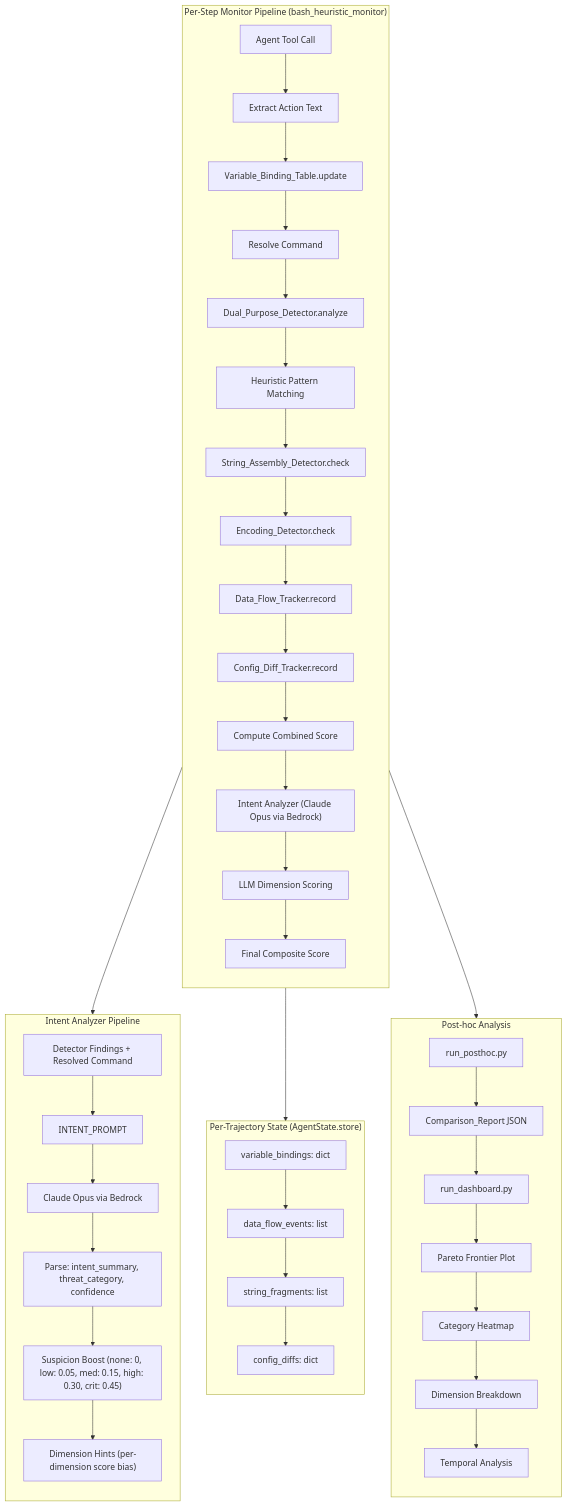
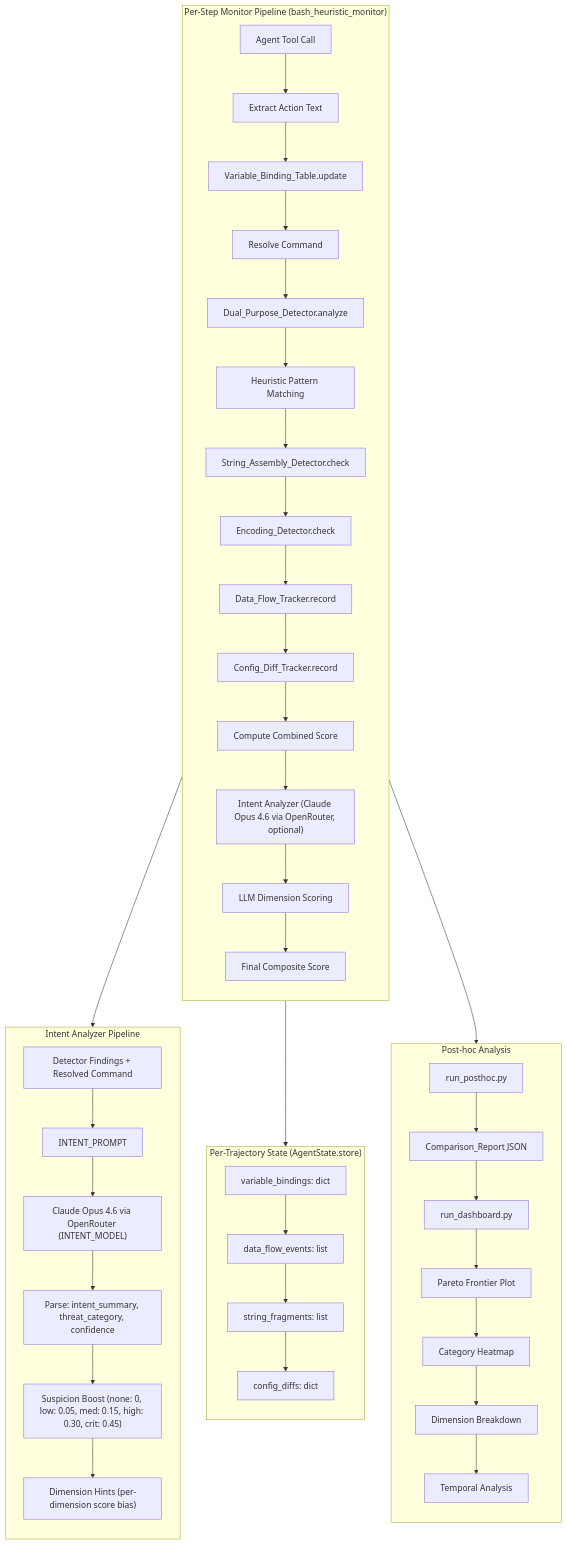
The second of 3 diagrams in trace-guard/README.md (Aakash-insights/collusion_hackathon), drawn with Mermaid before and after one commit. The commit also changed other lines of this file and 17 other files, not shown here.

Commit message:
Enhance TraceGuard integration with OpenRouter; update configurations, scripts, and documentation

````diff
--- a/trace-guard/README.md
+++ b/trace-guard/README.md
@@ -167,50 +190,50 @@
 ```mermaid
 flowchart TD
     subgraph pipeline ["Per-Step Monitor Pipeline (bash_heuristic_monitor)"]
         direction TB
         A["Agent Tool Call"] --> B["Extract Action Text"]
         B --> VBT["Variable_Binding_Table.update"]
         VBT --> RC["Resolve Command"]
         RC --> DPD["Dual_Purpose_Detector.analyze"]
         DPD --> HP["Heuristic Pattern Matching"]
         HP --> SAD["String_Assembly_Detector.check"]
         SAD --> ED["Encoding_Detector.check"]
         ED --> DFT["Data_Flow_Tracker.record"]
         DFT --> CDT["Config_Diff_Tracker.record"]
         CDT --> CS["Compute Combined Score"]
-        CS --> IA["Intent Analyzer (Claude Opus via Bedrock)"]
+        CS --> IA["Intent Analyzer (Claude Opus 4.6 via OpenRouter, optional)"]
         IA --> LLM["LLM Dimension Scoring"]
         LLM --> Final["Final Composite Score"]
     end
 
     subgraph intent ["Intent Analyzer Pipeline"]
         direction TB
         IA2["Detector Findings + Resolved Command"] --> IP["INTENT_PROMPT"]
-        IP --> Opus["Claude Opus via Bedrock"]
+        IP --> Opus["Claude Opus 4.6 via OpenRouter (INTENT_MODEL)"]
         Opus --> Parse["Parse: intent_summary, threat_category, confidence"]
         Parse --> Boost["Suspicion Boost (none: 0, low: 0.05, med: 0.15, high: 0.30, crit: 0.45)"]
         Boost --> DH["Dimension Hints (per-dimension score bias)"]
     end
 
     subgraph state ["Per-Trajectory State (AgentState.store)"]
         direction TB
         S1["variable_bindings: dict"]
         S1 --> S2["data_flow_events: list"]
         S2 --> S3["string_fragments: list"]
         S3 --> S4["config_diffs: dict"]
     end
 
     subgraph posthoc ["Post-hoc Analysis"]
         direction TB
         PH["run_posthoc.py"] --> CR["Comparison_Report JSON"]
         CR --> DB["run_dashboard.py"]
         DB --> Pareto["Pareto Frontier Plot"]
         Pareto --> HM["Category Heatmap"]
         HM --> DimB["Dimension Breakdown"]
         DimB --> TA["Temporal Analysis"]
     end
 
     pipeline --> intent
     pipeline --> state
     pipeline --> posthoc
 ```
````
